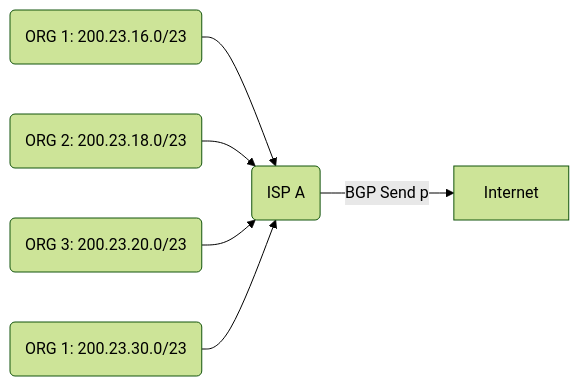
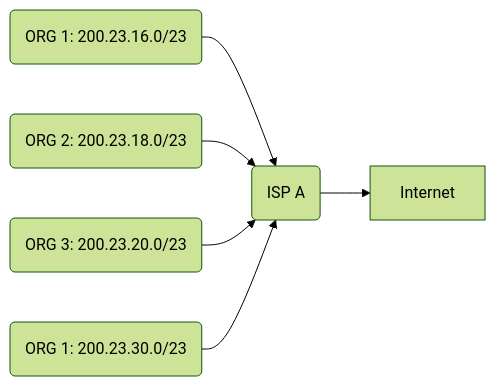
Before and after one commit to benwang2/obsidian-f22: the diagram in Rutgers/2022 Fall/352/Notes/Lecture 21.md, drawn with Mermaid (forest theme). The commit also changed other lines of this file, not shown here.

````diff
--- a/Rutgers/2022 Fall/352/Notes/Lecture 21.md
+++ b/Rutgers/2022 Fall/352/Notes/Lecture 21.md
@@ -30,8 +30,8 @@
 ```mermaid
 graph LR;
 	org1(ORG 1: 200.23.16.0/23) --> isp(ISP A)
 	org2(ORG 2: 200.23.18.0/23) --> isp
 	org3(ORG 3: 200.23.20.0/23) --> isp
 	org4(ORG 1: 200.23.30.0/23) --> isp
-	isp -- BGP Send p --> Internet
+	isp --> Internet
 ```
````
